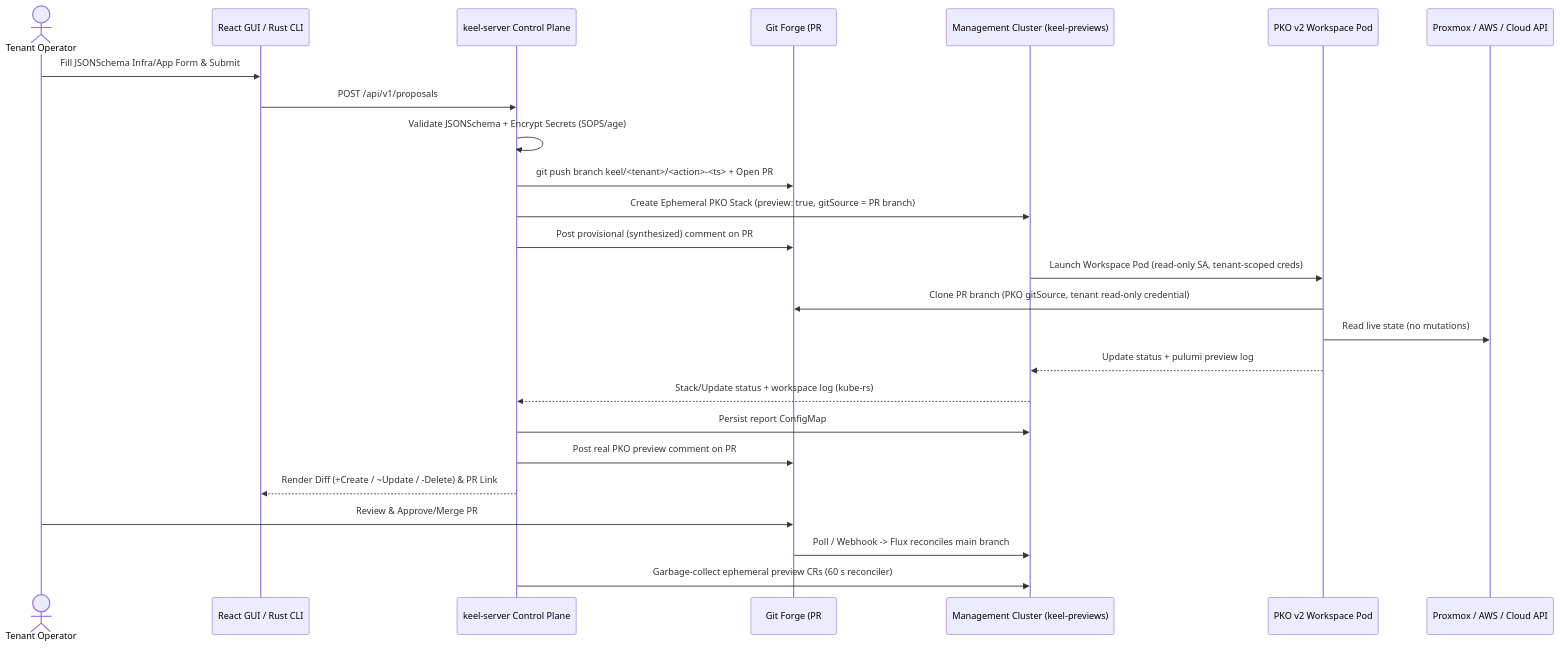
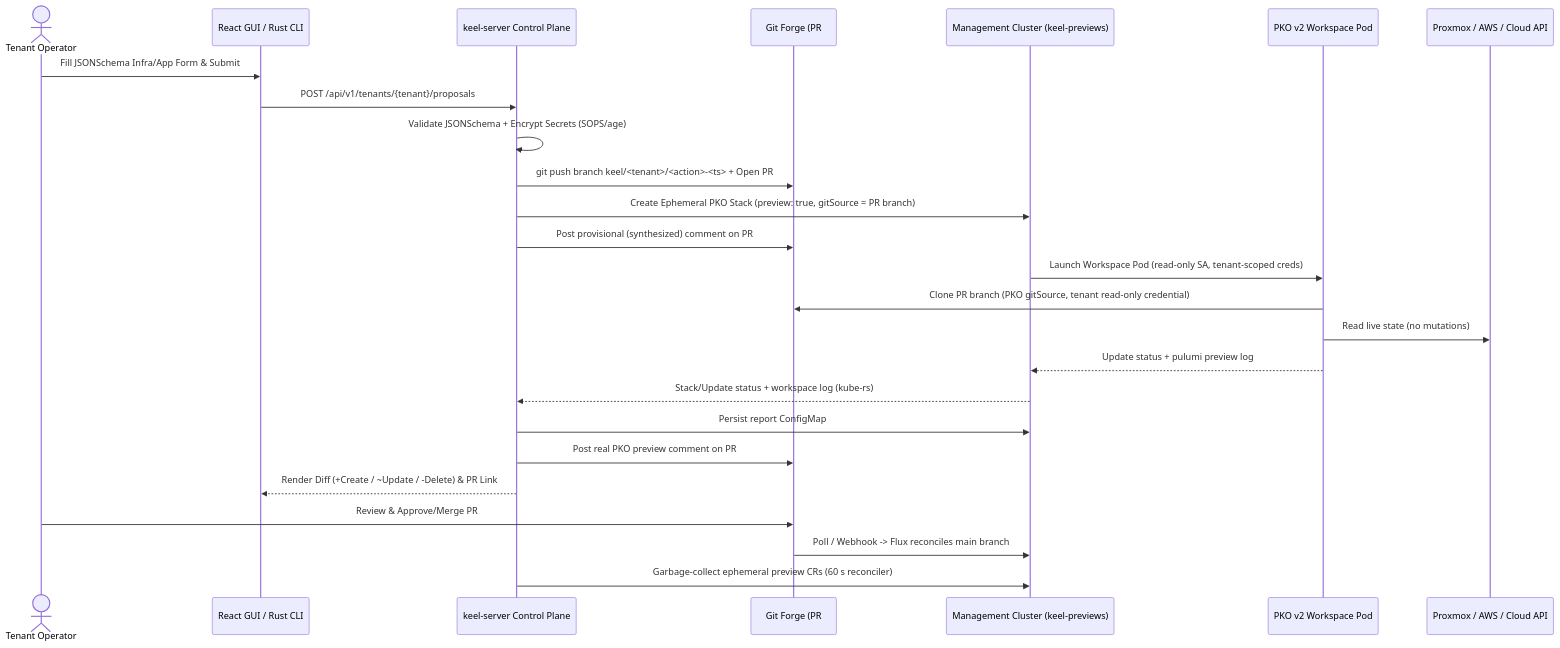
One commit to rdylanwalker/keel changed the third of 5 diagrams in SDD.md. Above: the diagram before and after it, drawn with Mermaid. The commit also changed other lines of this file and 38 other files, not shown here.

First line of the commit message:
feat(server)!: route tenant proposals through per-tenant repositories

````diff
--- a/SDD.md
+++ b/SDD.md
@@ -297,28 +298,28 @@
 ```mermaid
 sequenceDiagram
     actor User as Tenant Operator
     participant UI as React GUI / Rust CLI
     participant API as keel-server Control Plane
     participant Git as Git Forge (PR #42)
     participant K8S as Management Cluster (keel-previews)
     participant PKO as PKO v2 Workspace Pod
     participant Cloud as Proxmox / AWS / Cloud API
 
     User->>UI: Fill JSONSchema Infra/App Form & Submit
-    UI->>API: POST /api/v1/proposals
+    UI->>API: POST /api/v1/tenants/{tenant}/proposals
     API->>API: Validate JSONSchema + Encrypt Secrets (SOPS/age)
     API->>Git: git push branch keel/<tenant>/<action>-<ts> + Open PR #42
     API->>K8S: Create Ephemeral PKO Stack (preview: true, gitSource = PR branch)
     API->>Git: Post provisional (synthesized) comment on PR #42
     K8S->>PKO: Launch Workspace Pod (read-only SA, tenant-scoped creds)
     PKO->>Git: Clone PR branch (PKO gitSource, tenant read-only credential)
     PKO->>Cloud: Read live state (no mutations)
     PKO-->>K8S: Update status + pulumi preview log
     K8S-->>API: Stack/Update status + workspace log (kube-rs)
     API->>K8S: Persist report ConfigMap
     API->>Git: Post real PKO preview comment on PR #42
     API-->>UI: Render Diff (+Create / ~Update / -Delete) & PR Link
     User->>Git: Review & Approve/Merge PR #42
     Git->>K8S: Poll / Webhook -> Flux reconciles main branch
     API->>K8S: Garbage-collect ephemeral preview CRs (60 s reconciler)
 ```
````
